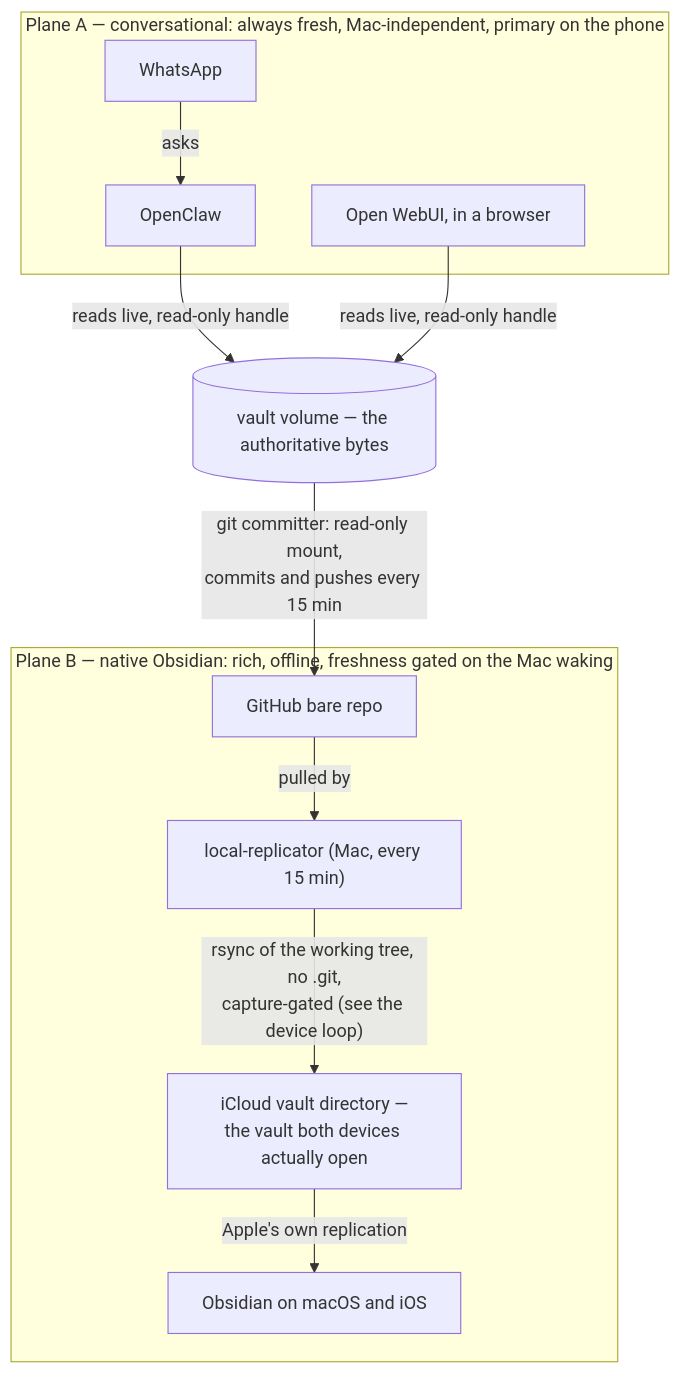
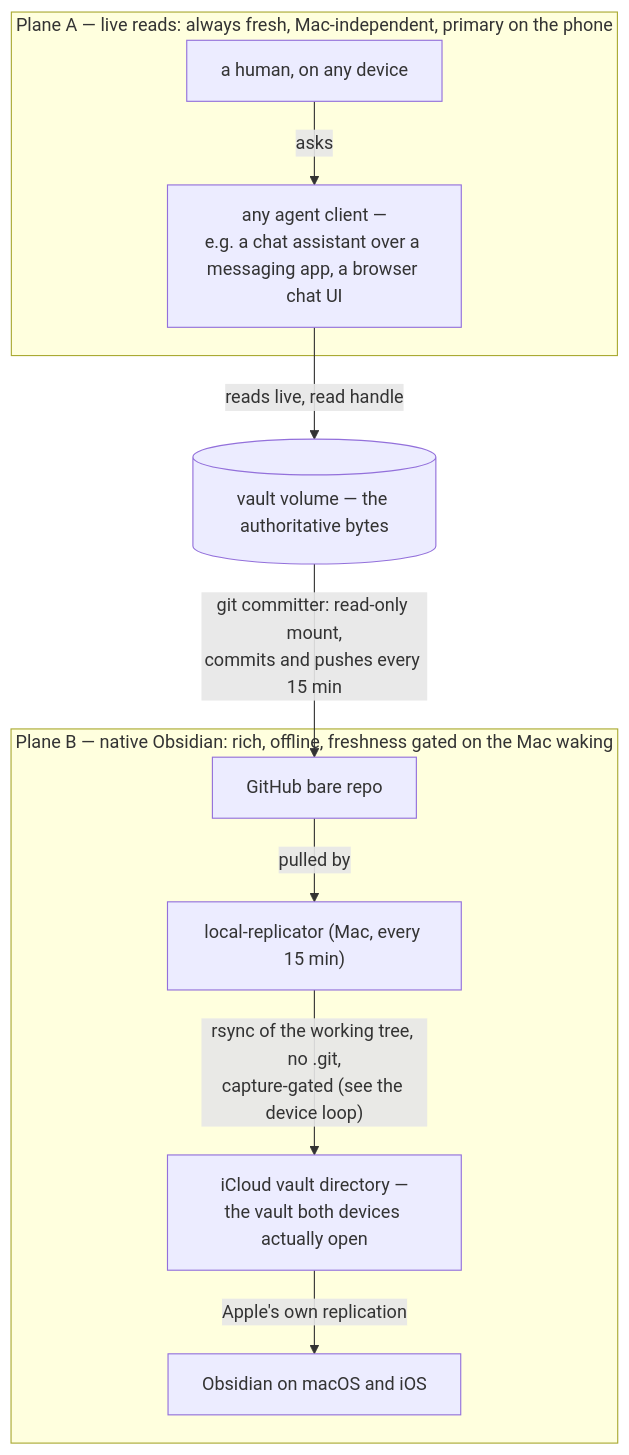
Before and after one commit to ppat/obsidian-tools: the third of 3 diagrams in DESIGN.md, drawn with Mermaid. The commit also changed other lines of this file and 39 other files, not shown here.

````diff
--- a/DESIGN.md
+++ b/DESIGN.md
@@ -404,16 +504,14 @@
 ```mermaid
 flowchart TB
     VOL[("vault volume — the authoritative bytes")]
-    subgraph planeA["Plane A — conversational: always fresh, Mac-independent, primary on the phone"]
-        WA["WhatsApp"] -->|"asks"| OCr["OpenClaw"]
-        WEB["Open WebUI, in a browser"]
+    subgraph planeA["Plane A — live reads: always fresh, Mac-independent, primary on the phone"]
+        HUM["a human, on any device"] -->|"asks"| AGr["any agent client —<br/>e.g. a chat assistant over a messaging app, a browser chat UI"]
     end
-    OCr -->|"reads live, read-only handle"| VOL
-    WEB -->|"reads live, read-only handle"| VOL
+    AGr -->|"reads live, read handle"| VOL
     VOL -->|"git committer: read-only mount,<br/>commits and pushes every 15 min"| GH["GitHub bare repo"]
     subgraph planeB["Plane B — native Obsidian: rich, offline, freshness gated on the Mac waking"]
         GH -->|"pulled by"| LRr["local-replicator (Mac, every 15 min)"]
         LRr -->|"rsync of the working tree, no .git,<br/>capture-gated (see the device loop)"| IC["iCloud vault directory —<br/>the vault both devices actually open"]
         IC -->|"Apple's own replication"| DEV["Obsidian on macOS and iOS"]
     end
 ```
````
